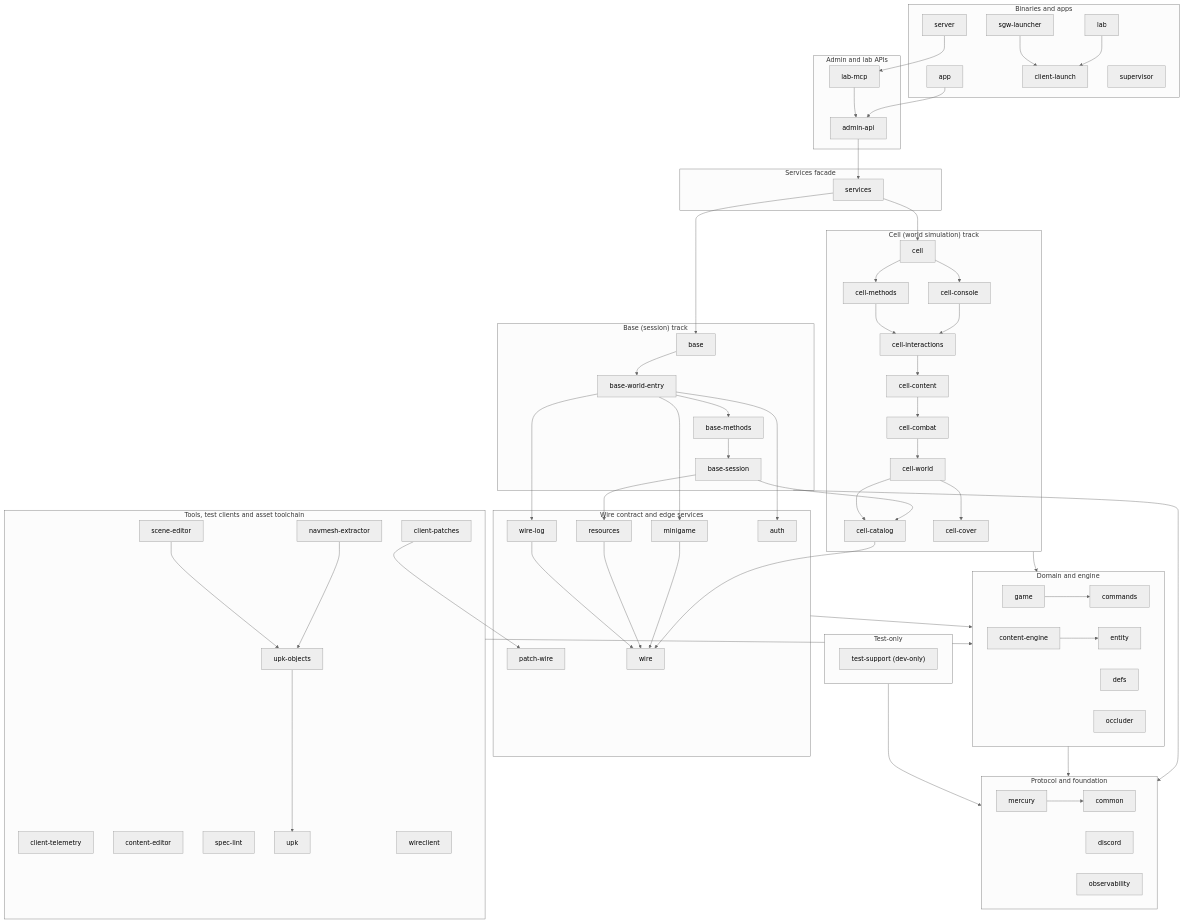
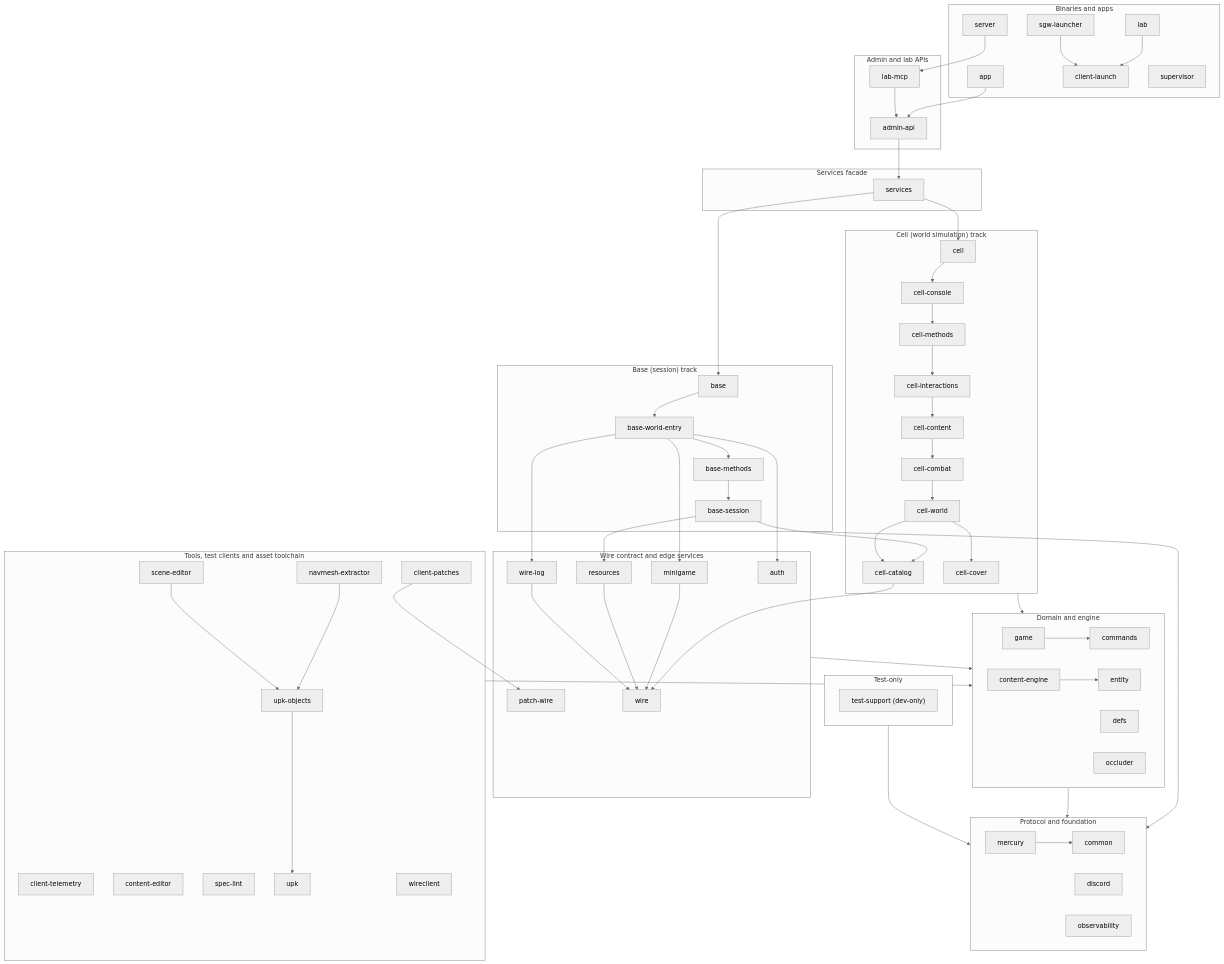
One commit to SandboxServers/Cimmeria changed the diagram in README.md. Above: the diagram before and after it, drawn with Mermaid (neutral theme). The commit also changed other lines of this file and 6 other files, not shown here.

```diff
--- a/README.md
+++ b/README.md
@@ -177,10 +177,9 @@
     baseWorldEntry --> minigame
     baseWorldEntry --> wireLog
     cell --> cellConsole
-    cell --> cellMethods
     cellCatalog --> wire
     cellCombat --> cellWorld
-    cellConsole --> cellInteractions
+    cellConsole --> cellMethods
     cellContent --> cellCombat
     cellInteractions --> cellContent
     cellMethods --> cellInteractions
```
